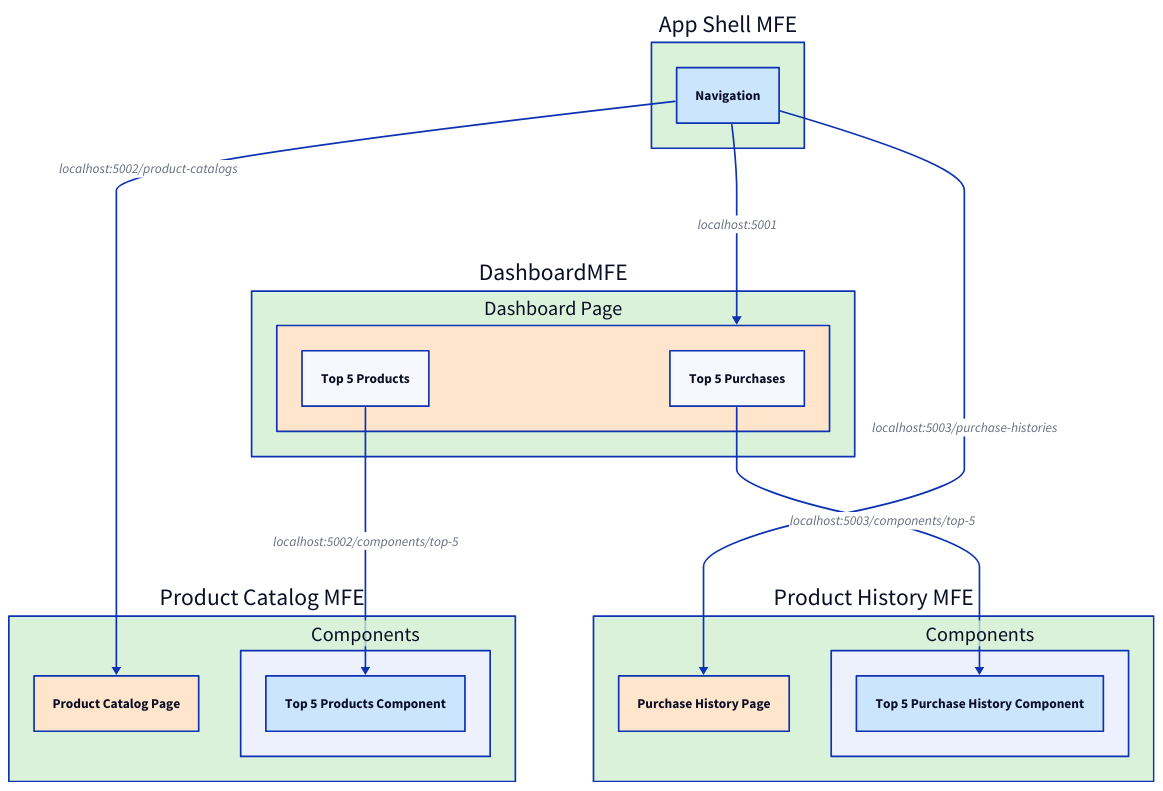
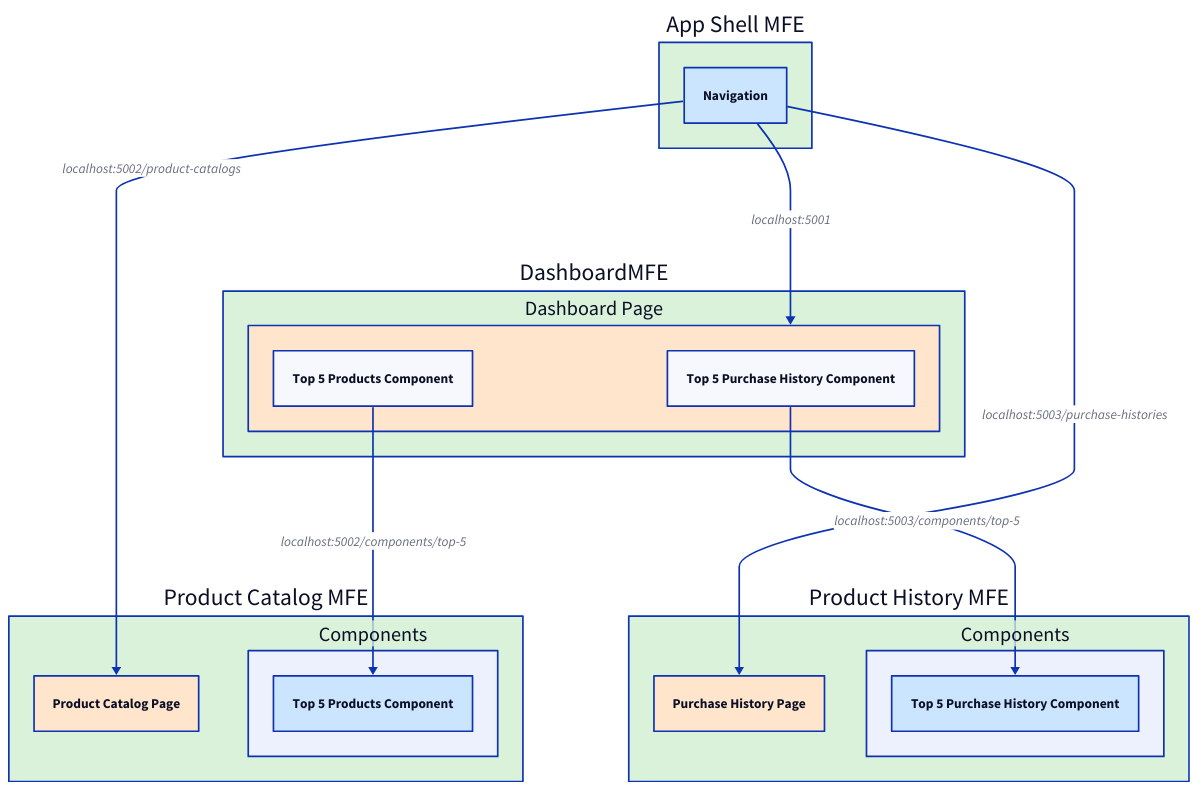
One commit to aleczandru1989/architectural-recipes changed the diagram in microfrontends/diagrams/application.d2. Above: the diagram before and after it, drawn with D2. The commit also changed 1 other file, not shown here.

```diff
--- a/microfrontends/diagrams/application.d2
+++ b/microfrontends/diagrams/application.d2
@@ -1,66 +1,66 @@
 direction: down
 
 # Pages
 AppShell: {
   label: "App Shell MFE"
   style: { fill: "#d9f2d9"  }
 
   NavBar: "Navigation" {
     style: { fill: "#cce5ff"}    
   }
 }
 
 DashboardMFE: {
   style: { fill: "#d9f2d9"  }
 
   Page: {
     label: "Dashboard Page"
     style: { fill: "#ffe5cc" }
-    RecommendationComponent: "Top 5 Products"
-    PurchaseHistoryComponent: "Top 5 Purchases"
+    RecommendationComponent: "Top 5 Products Component"
+    PurchaseHistoryComponent: "Top 5 Purchase History Component"
   }
 }
 
 
 ProductCatalogMFE: {
   label: "Product Catalog MFE"
   style: { fill: "#d9f2d9"  }
   
   Page: {
     label: "Product Catalog Page"
     style: { fill: "#ffe5cc" }
   }
 
    Components: {
     top5: {
       label: "Top 5 Products Component"
       style: { fill: "#cce5ff"}    
     }
   }
 }
 
 
 PurchaseHistoryMFE: {
   label: "Product History MFE"
   style: { fill: "#d9f2d9" }
 
   Page: {
     label: "Purchase History Page"
     style: { fill: "#ffe5cc" }
   }
 
   Components: {
     top5: {
       label: "Top 5 Purchase History Component"
       style: { fill: "#cce5ff"}    
     }
   }
 }
 
 AppShell.Navbar -> DashboardMFE.Page: "localhost:5001"
 AppShell.Navbar -> ProductCatalogMFE.Page: "localhost:5002/product-catalogs"
 AppShell.Navbar -> PurchaseHistoryMFE.Page: "localhost:5003/purchase-histories"
 
 
 DashboardMFE.Page.RecommendationComponent -> ProductCatalogMFE.Components.Top5: "localhost:5002/components/top-5"
 DashboardMFE.Page.PurchaseHistoryComponent -> PurchaseHistoryMFE.Components.Top5: "localhost:5003/components/top-5"
```
